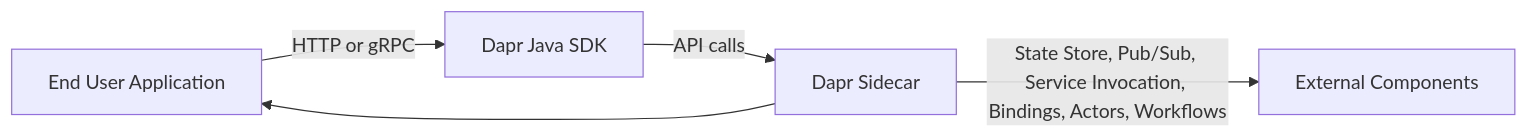
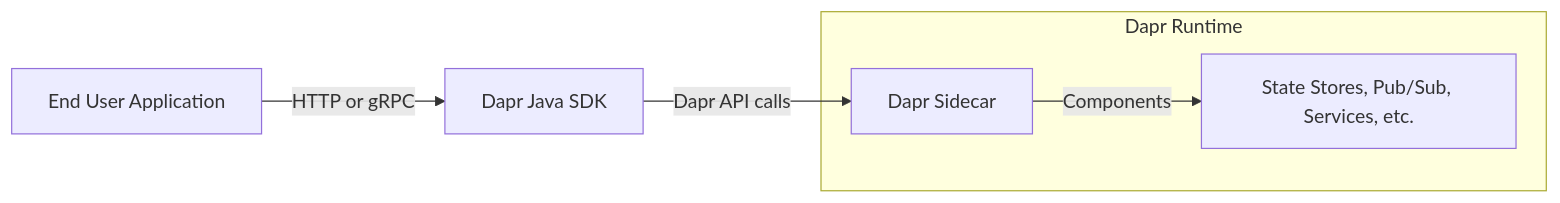
The diagram in README.md (dapr/java-sdk), drawn with Mermaid before and after one commit. The commit also changed other lines of this file, not shown here.

Commit message:
docs: add architecture diagram showing Java SDK interaction with Dapr runtime CORRECTION (close #<915>)

````diff
--- a/README.md
+++ b/README.md
@@ -20,7 +23,12 @@
 ```mermaid
 flowchart LR
     A[End User Application] -->|HTTP or gRPC| B[Dapr Java SDK]
-    B -->|API calls| C[Dapr Sidecar]
-    C -->|State Store, Pub/Sub, Service Invocation, Bindings, Actors, Workflows| D[External Components]
-    C --> A
+    B -->|Dapr API calls| C[Dapr Sidecar]
+    C -->|Components| D[State Stores, Pub/Sub, Services, etc.]
+
+    %% Optional grouping for clarity
+    subgraph R[Dapr Runtime]
+        C
+        D
+    end
 ```
````
